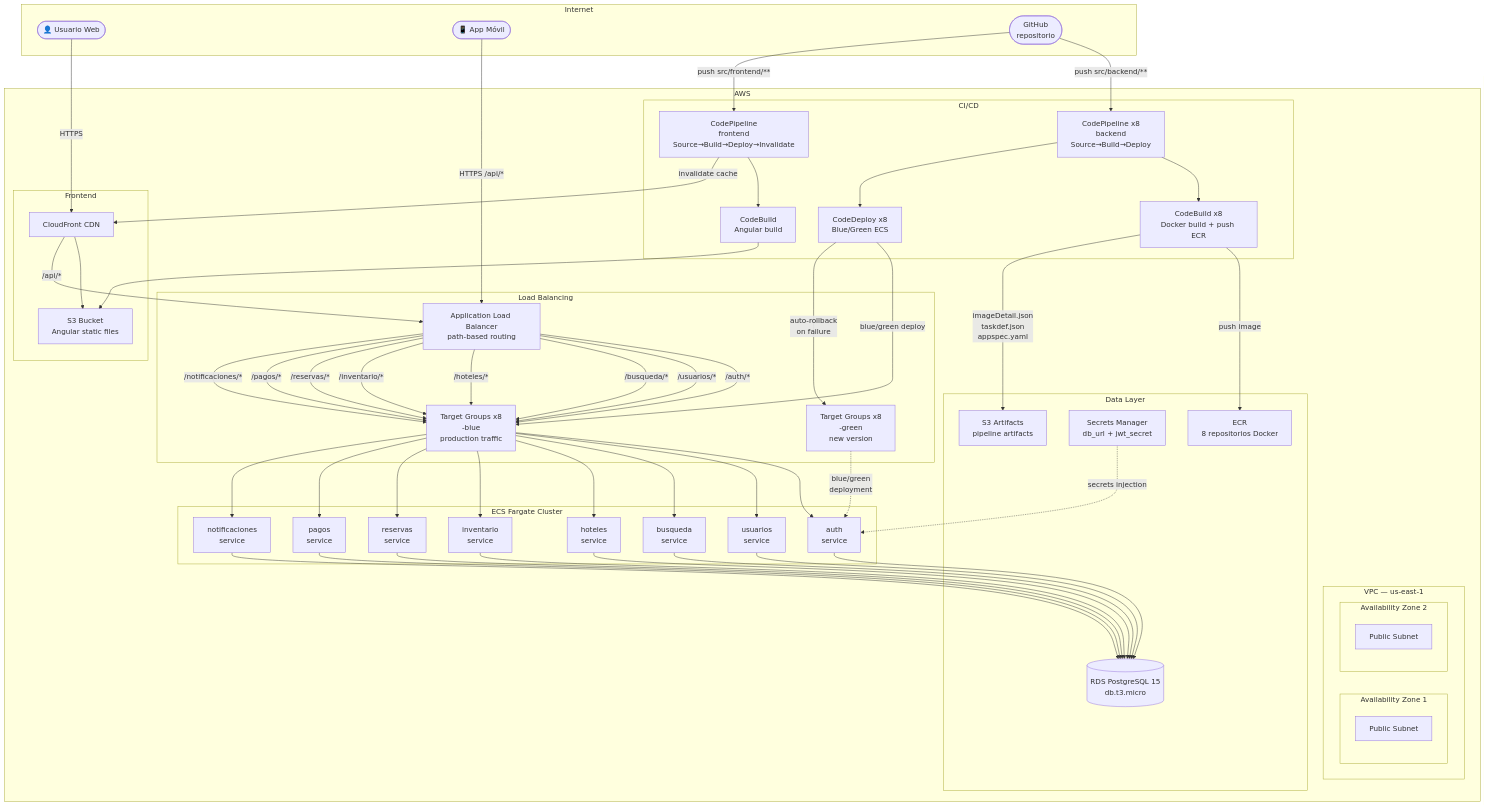
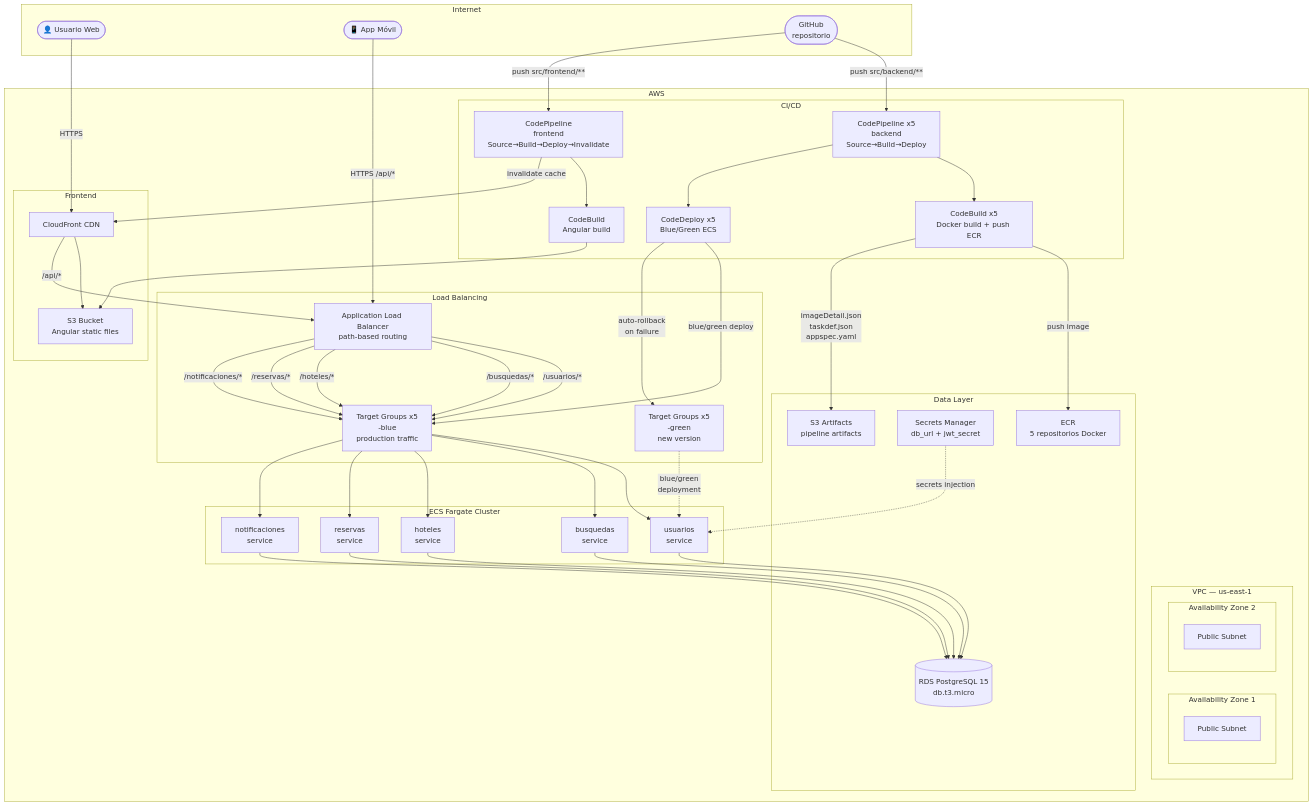
The diagram in architecture.md (daniel-corzo/misw-4501-proyecto-de-grado), drawn with Mermaid before and after one commit. The commit also changed 67 other files, not shown here.

```diff
--- a/architecture.md
+++ b/architecture.md
@@ -9,10 +9,10 @@
     subgraph AWS
         subgraph CI_CD [CI/CD]
             CP_FE[CodePipeline\nfrontend\nSource→Build→Deploy→Invalidate]
-            CP_BE[CodePipeline x8\nbackend\nSource→Build→Deploy]
+            CP_BE[CodePipeline x5\nbackend\nSource→Build→Deploy]
             CB_FE[CodeBuild\nAngular build]
-            CB_BE[CodeBuild x8\nDocker build + push ECR]
-            CD[CodeDeploy x8\nBlue/Green ECS]
+            CB_BE[CodeBuild x5\nDocker build + push ECR]
+            CD[CodeDeploy x5\nBlue/Green ECS]
         end
 
         subgraph Frontend [Frontend]
@@ -22,8 +22,8 @@
 
         subgraph LoadBalancing [Load Balancing]
             ALB[Application Load Balancer\npath-based routing]
-            TG_BLUE[Target Groups x8\n-blue\nproduction traffic]
-            TG_GREEN[Target Groups x8\n-green\nnew version]
+            TG_BLUE[Target Groups x5\n-blue\nproduction traffic]
+            TG_GREEN[Target Groups x5\n-green\nnew version]
         end
 
         subgraph Network [VPC — us-east-1]
@@ -36,19 +36,16 @@
         end
 
         subgraph Compute [ECS Fargate Cluster]
-            SVC_AUTH[auth\nservice]
             SVC_USR[usuarios\nservice]
-            SVC_BSQ[busqueda\nservice]
+            SVC_BSQ[busquedas\nservice]
             SVC_HOT[hoteles\nservice]
-            SVC_INV[inventario\nservice]
             SVC_RES[reservas\nservice]
-            SVC_PAG[pagos\nservice]
             SVC_NOT[notificaciones\nservice]
         end
 
         subgraph Storage [Data Layer]
             RDS[(RDS PostgreSQL 15\ndb.t3.micro)]
-            ECR[ECR\n8 repositorios Docker]
+            ECR[ECR\n5 repositorios Docker]
             SM[Secrets Manager\ndb_url + jwt_secret]
             S3_ART[S3 Artifacts\npipeline artifacts]
         end
@@ -63,30 +60,24 @@
 
     %% API flow — CloudFront /api/* behavior → ALB path-based routing
     CF -->|/api/*| ALB
-    ALB -->|/auth/*| TG_BLUE
     ALB -->|/usuarios/*| TG_BLUE
-    ALB -->|/busqueda/*| TG_BLUE
+    ALB -->|/busquedas/*| TG_BLUE
     ALB -->|/hoteles/*| TG_BLUE
-    ALB -->|/inventario/*| TG_BLUE
     ALB -->|/reservas/*| TG_BLUE
-    ALB -->|/pagos/*| TG_BLUE
     ALB -->|/notificaciones/*| TG_BLUE
 
-    TG_BLUE --> SVC_AUTH
     TG_BLUE --> SVC_USR
     TG_BLUE --> SVC_BSQ
     TG_BLUE --> SVC_HOT
-    TG_BLUE --> SVC_INV
     TG_BLUE --> SVC_RES
-    TG_BLUE --> SVC_PAG
     TG_BLUE --> SVC_NOT
 
     %% Green TGs used during deployments
-    TG_GREEN -.->|blue/green\ndeployment| SVC_AUTH
+    TG_GREEN -.->|blue/green\ndeployment| SVC_USR
 
     %% Data
-    SVC_AUTH & SVC_USR & SVC_BSQ & SVC_HOT & SVC_INV & SVC_RES & SVC_PAG & SVC_NOT --> RDS
-    SM -.->|secrets injection| SVC_AUTH
+    SVC_USR & SVC_BSQ & SVC_HOT & SVC_RES & SVC_NOT --> RDS
+    SM -.->|secrets injection| SVC_USR
 
     %% CI/CD backend
     GH -->|push src/backend/**| CP_BE
```
